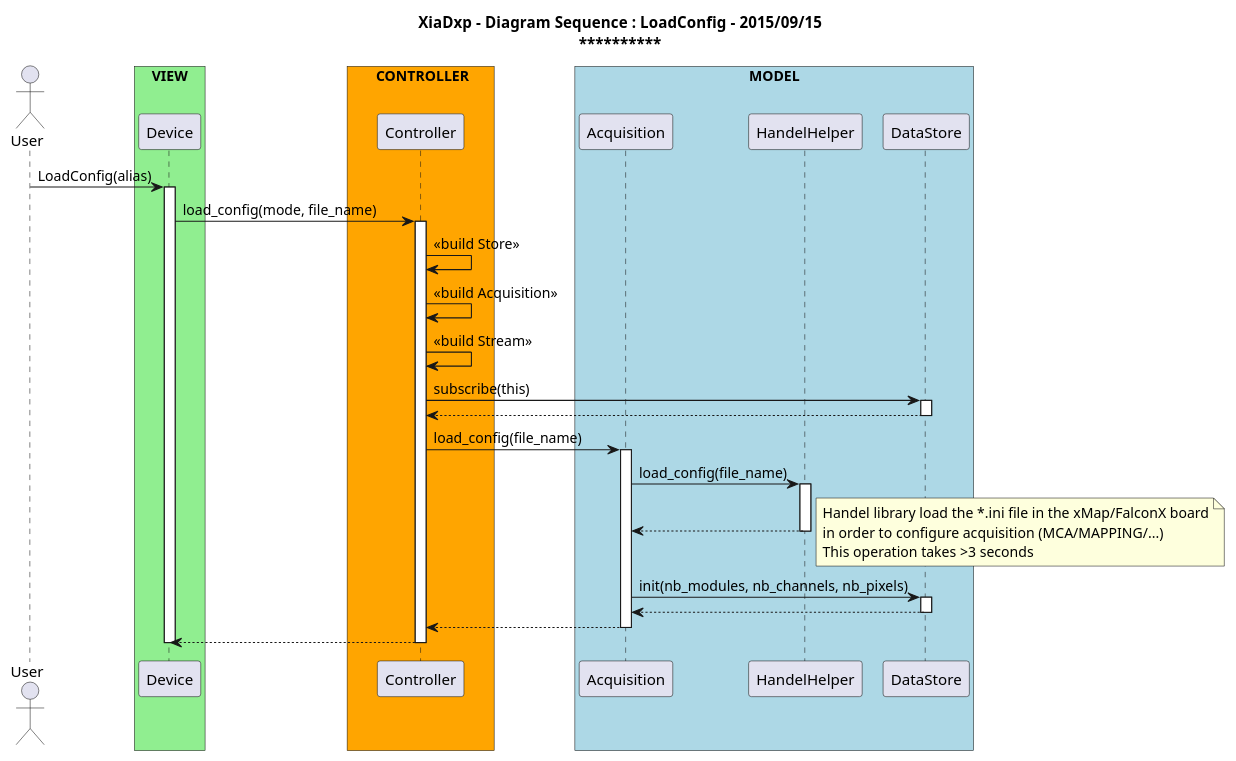
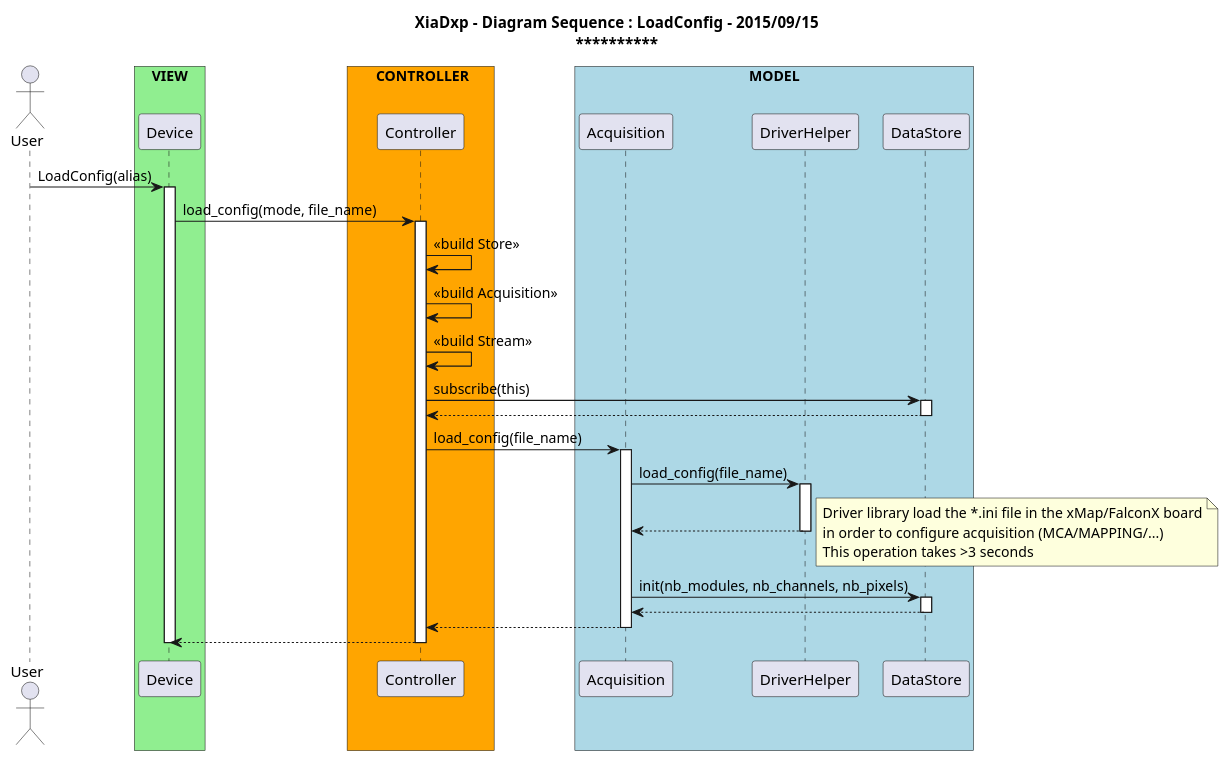
The diagram in uml/diagram_sequence_load_config_file_1.puml (anoureddine/XiaDxp), drawn with PlantUML before and after one commit. The commit also changed 9 other files, not shown here.

Commit message:
- Update Uml scripts

```diff
--- a/uml/diagram_sequence_load_config_file_1.puml
+++ b/uml/diagram_sequence_load_config_file_1.puml
@@ -1,74 +1,74 @@
 @startuml
 
 title <b>XiaDxp - Diagram Sequence  : LoadConfig - 2015/09/15</b>\n**********************************************
 
 actor User
 
 participant "Device" as Device
 box "VIEW" #LightGreen
 	participant Device
 end box
 
 participant "Controller" as Ctrl
 box "       CONTROLLER      " #Orange
 	participant Ctrl
 end box
 
 participant "Acquisition" as Acq
-participant "HandelHelper" as Handel
+participant "DriverHelper" as Driver
 participant "DataStore" as Store
 box "MODEL" #LightBlue
 	participant Acq
-    participant Handel
+    participant Driver
     participant Store
 end box
 
 User -> Device: LoadConfig(alias)
 activate Device
 
 Device -> Ctrl: load_config(mode, file_name)
 activate Ctrl
 
 Ctrl -> Ctrl: <<build Store>>
 Ctrl -> Ctrl: <<build Acquisition>>
 Ctrl -> Ctrl: <<build Stream>>
 
 
 
 Ctrl -> Store : subscribe(this)
 activate Store
 
 Store --> Ctrl : 
 deactivate Store
 
 Ctrl -> Acq : load_config(file_name)
 activate Acq
 
-Acq -> Handel : load_config(file_name)
-activate Handel
+Acq -> Driver : load_config(file_name)
+activate Driver
 
-Handel --> Acq 
-deactivate Handel
+Driver --> Acq 
+deactivate Driver
 
 note right 
-        Handel library load the *.ini file in the xMap/FalconX board
+        Driver library load the *.ini file in the xMap/FalconX board
         in order to configure acquisition (MCA/MAPPING/...)
         This operation takes >3 seconds
 end note
 
 Acq -> Store : init(nb_modules, nb_channels, nb_pixels)
 activate Store
 
 Store --> Acq : 
 deactivate Store
 
 Acq --> Ctrl : 
 deactivate Acq
 
 
 Ctrl --> Device : 
 deactivate Ctrl
 
 deactivate Device
 
 @enduml
```
